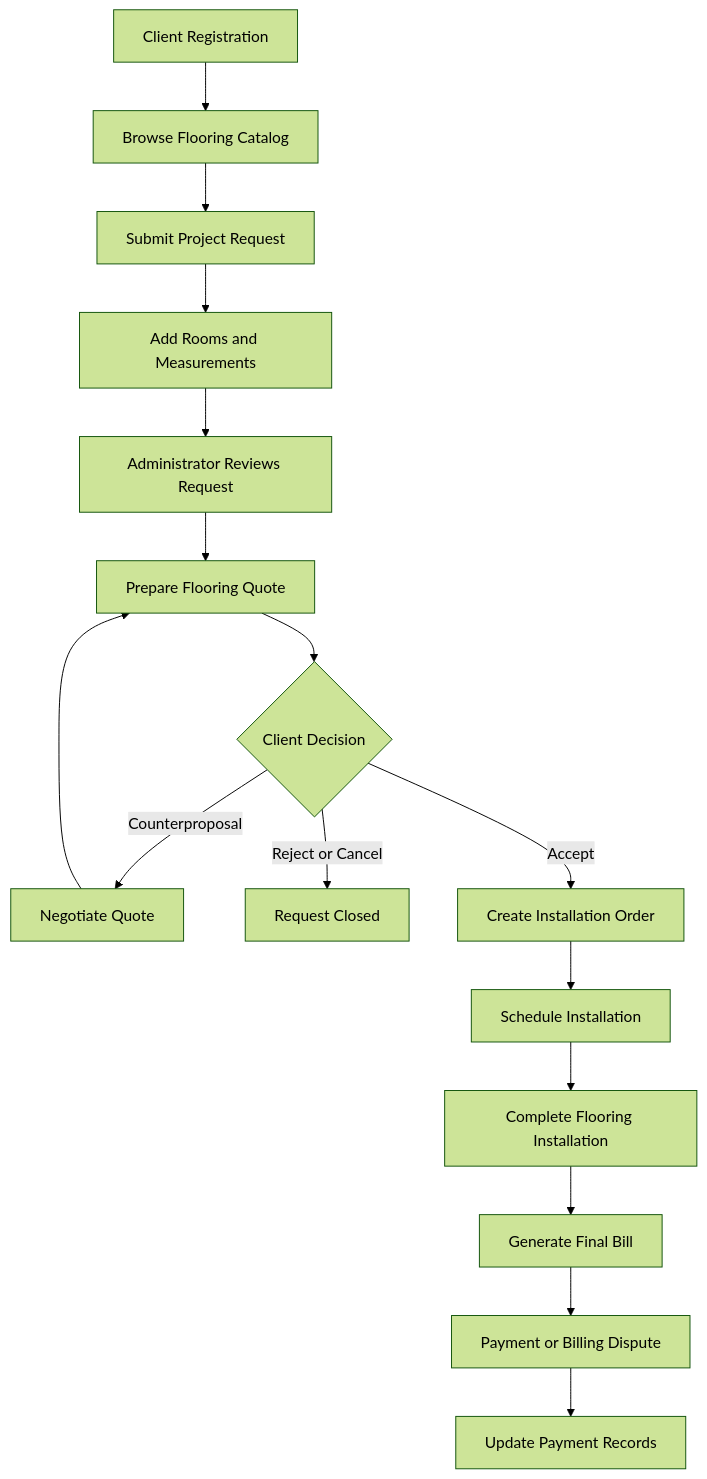
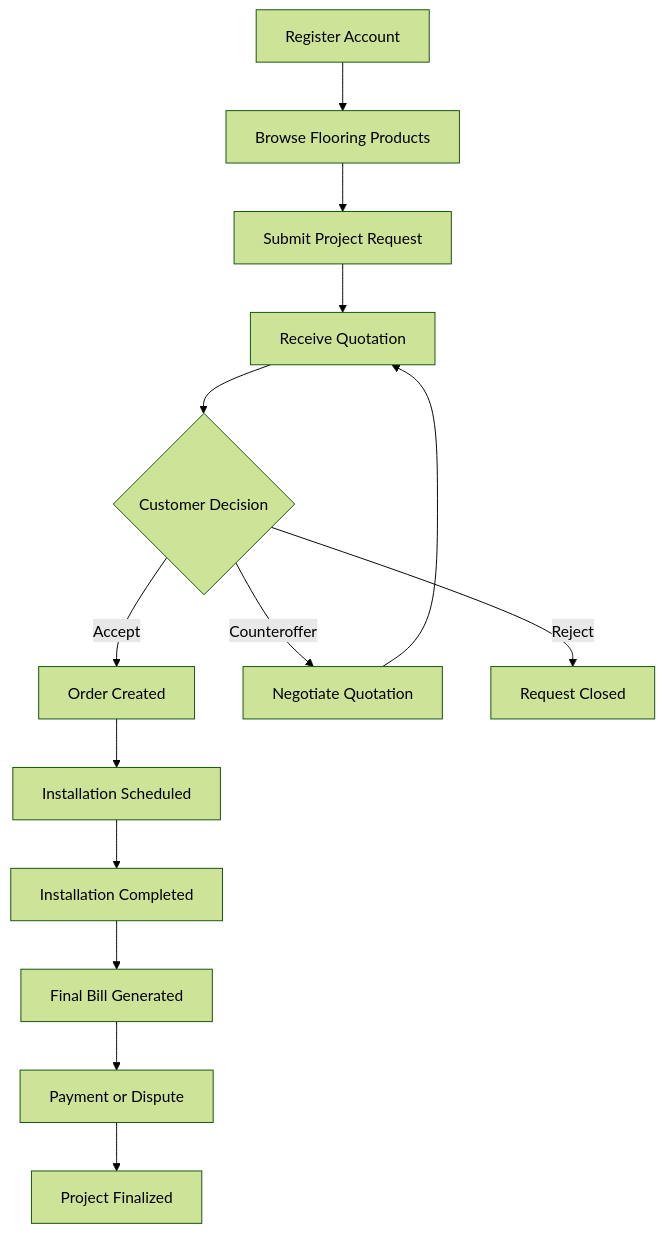
Before and after one commit to rifahtas/DSE_6.1k_FlooringManagementSystem: the second of 3 diagrams in README.md, drawn with Mermaid (forest theme). The commit also changed other lines of this file, not shown here.

Commit message:
Update project README

````diff
--- a/README.md
+++ b/README.md
@@ -90,18 +191,16 @@
 ```mermaid
 flowchart TD
-    A["Client Registration"] --> B["Browse Flooring Catalog"]
-    B --> C["Submit Project Request"]
-    C --> D["Add Rooms and Measurements"]
-    D --> E["Administrator Reviews Request"]
-    E --> F["Prepare Flooring Quote"]
-    F --> G{"Client Decision"}
-    G -->|Counterproposal| H["Negotiate Quote"]
-    H --> F
-    G -->|Reject or Cancel| I["Request Closed"]
-    G -->|Accept| J["Create Installation Order"]
-    J --> K["Schedule Installation"]
-    K --> L["Complete Flooring Installation"]
-    L --> M["Generate Final Bill"]
-    M --> N["Payment or Billing Dispute"]
-    N --> O["Update Payment Records"]
+    A[Register Account] --> B[Browse Flooring Products]
+    B --> C[Submit Project Request]
+    C --> D[Receive Quotation]
+    D --> E{Customer Decision}
+    E -->|Accept| F[Order Created]
+    E -->|Counteroffer| G[Negotiate Quotation]
+    G --> D
+    E -->|Reject| H[Request Closed]
+    F --> I[Installation Scheduled]
+    I --> J[Installation Completed]
+    J --> K[Final Bill Generated]
+    K --> L[Payment or Dispute]
+    L --> M[Project Finalized]
 ```
````
